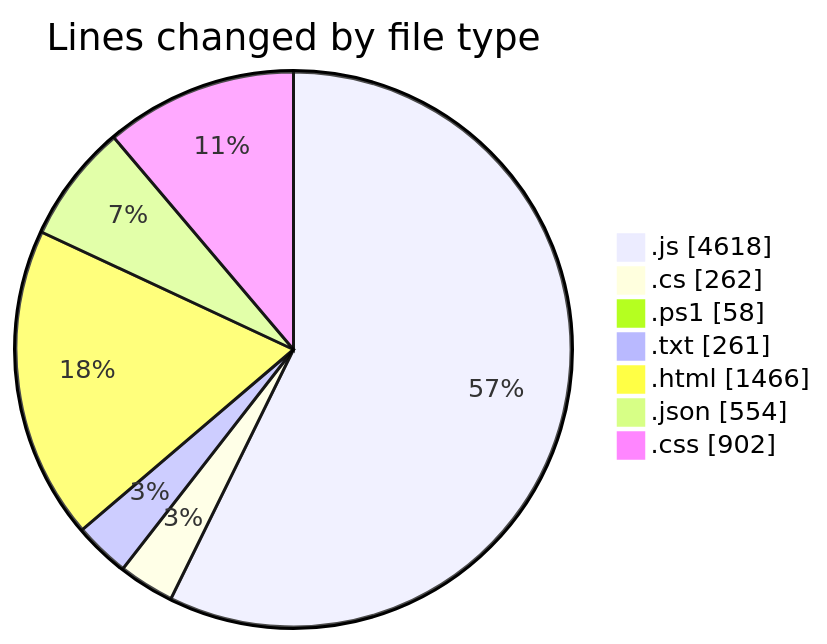
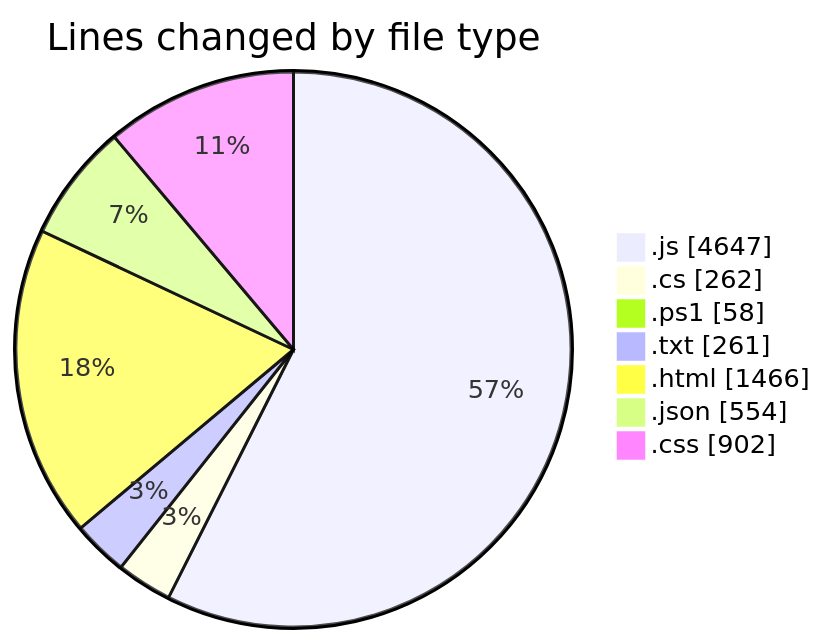
The first of 2 diagrams in 2026-02-17/bot_v1_2/README.md (becaeroporto-bot/code-tracking), drawn with Mermaid before and after one commit. The commit also changed other lines of this file and 1 other file, not shown here.

````diff
--- a/2026-02-17/bot_v1_2/README.md
+++ b/2026-02-17/bot_v1_2/README.md
@@ -40,11 +40,11 @@
 ```mermaid
 pie showData
 title Lines changed by file type
-".js" : 4618
+".js" : 4647
 ".cs" : 262
 ".ps1" : 58
 ".txt" : 261
 ".html" : 1466
 ".json" : 554
 ".css" : 902
 ```
````
